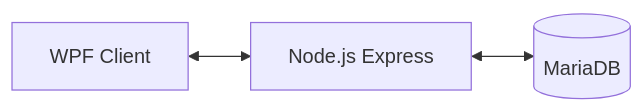
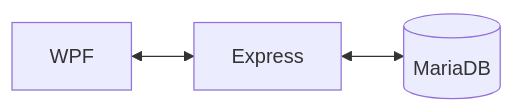
The diagram in README.md (aktnf93/Community-App), drawn with Mermaid before and after one commit. The commit also changed other lines of this file and 1050 other files, not shown here.

````diff
--- a/README.md
+++ b/README.md
@@ -11,5 +11,5 @@
 ```mermaid
 flowchart LR
-    Client[WPF Client] <--> Server[Node.js Express]
+    Client[WPF] <--> Server[Express]
     Server <--> DB[(MariaDB)]
 ```
````
